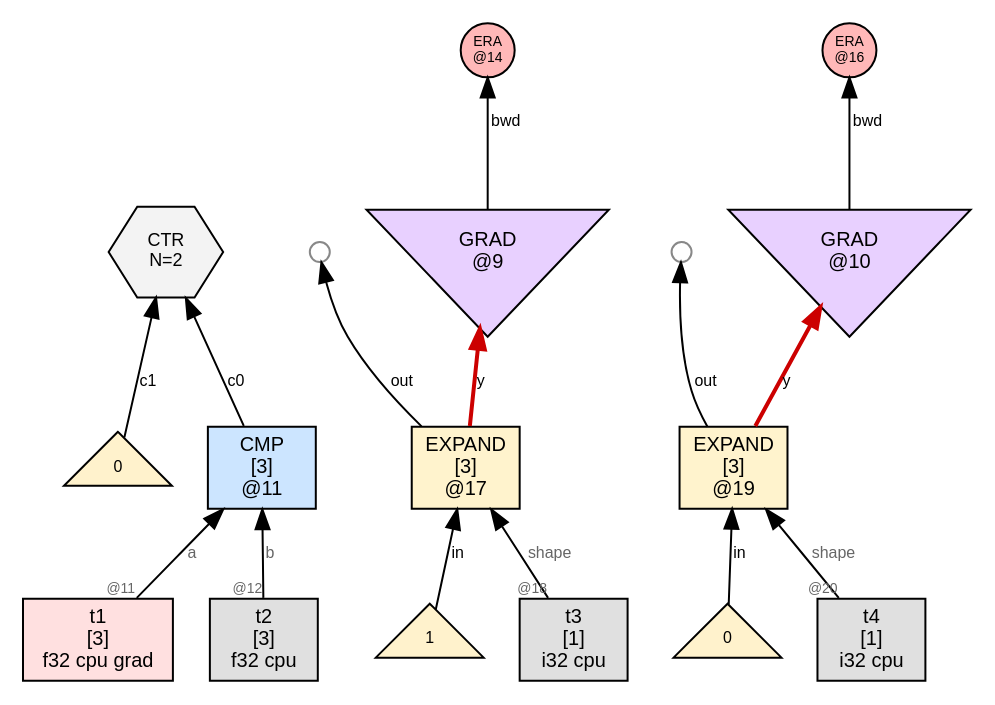
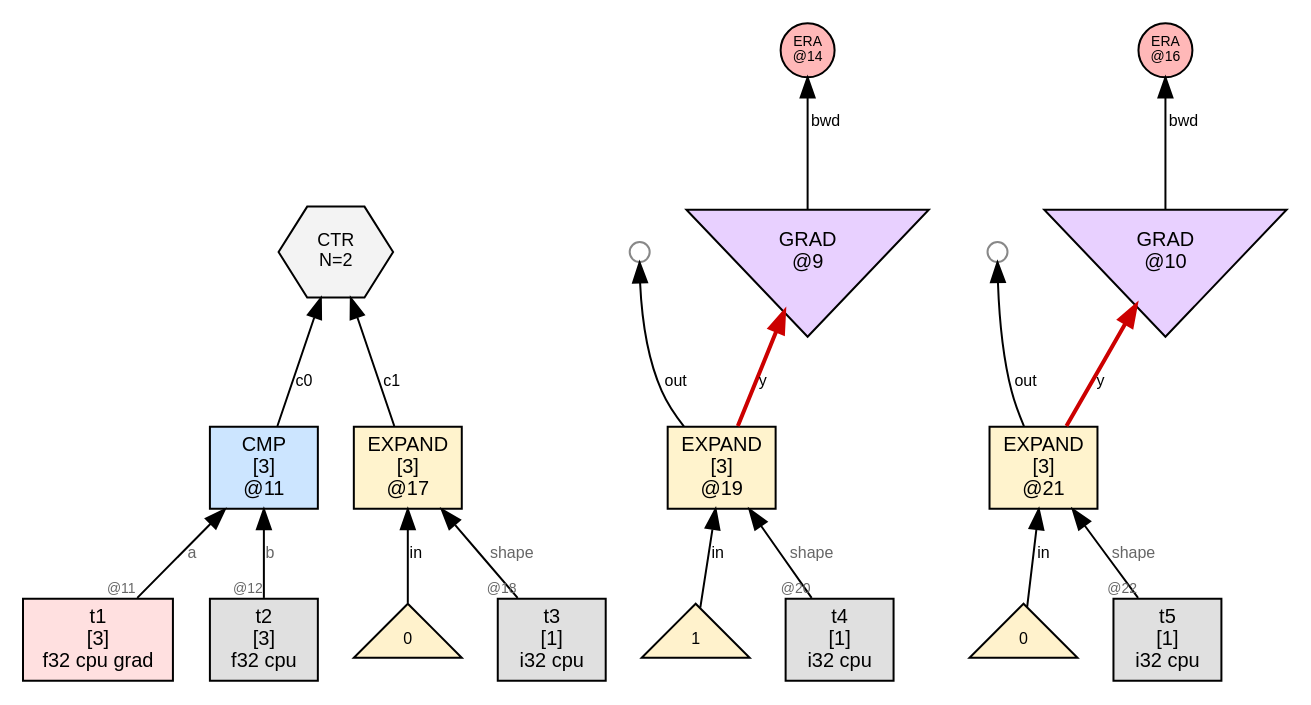
Before and after one commit to sw1sh/TinyHVM: the diagram in wl/examples/thvm_graphs/grad_rules/cmp/thvm_1_post_reduce.dot, drawn with Graphviz. The commit also changed 4 other files, not shown here.

Commit message:
grad: CMP backward emits EXPAND(0, target.shape) for shape-consistent zero

```diff
--- a/wl/examples/thvm_graphs/grad_rules/cmp/thvm_1_post_reduce.dot
+++ b/wl/examples/thvm_graphs/grad_rules/cmp/thvm_1_post_reduce.dot
@@ -1,37 +1,41 @@
 digraph G {
   rankdir=BT;
   node [fontname="Helvetica", fontsize=10, style=filled, shape=box, margin="0.1,0.05"];
   edge [fontsize=8, fontname="Helvetica"];
 
+  n17 [label="EXPAND\n[3]\n@17", shape=box, fillcolor="#fff3cd"];
+  num17_0 [label="0",shape=triangle,fillcolor="#fff2cc",fontsize=8];
+  num17_0 -> n17 [label="in"];
+  t3 [label="t3\n[1]\ni32 cpu",shape=box,fillcolor="#e0e0e0"];
+  t3 -> n17 [label="shape",taillabel="@18",labelfontsize=7,fontcolor="#666666"];
   n11 [label="CMP\n[3]\n@11", shape=box, fillcolor="#cce5ff"];
   t1 [label="t1\n[3]\nf32 cpu grad",shape=box,fillcolor="#ffe0e0"];
   t1 -> n11 [label="a",taillabel="@11",labelfontsize=7,fontcolor="#666666"];
   t2 [label="t2\n[3]\nf32 cpu",shape=box,fillcolor="#e0e0e0"];
   t2 -> n11 [label="b",taillabel="@12",labelfontsize=7,fontcolor="#666666"];
   ctr6 [label="CTR\nN=2", shape=hexagon, fillcolor="#f3f3f3", fontsize=9];
   n11 -> ctr6 [label="c0"];
-  num_ctr6_7 [label="0",shape=triangle,fillcolor="#fff2cc",fontsize=8];
-  num_ctr6_7 -> ctr6 [label="c1"];
-  n17 [label="EXPAND\n[3]\n@17", shape=box, fillcolor="#fff3cd"];
-  num17_0 [label="1",shape=triangle,fillcolor="#fff2cc",fontsize=8];
-  num17_0 -> n17 [label="in"];
-  t3 [label="t3\n[1]\ni32 cpu",shape=box,fillcolor="#e0e0e0"];
-  t3 -> n17 [label="shape",taillabel="@18",labelfontsize=7,fontcolor="#666666"];
-  free17_1000 [label="",shape=circle,width=0.14,height=0.14,fixedsize=true,fillcolor="#ffffff",color="#888888",fontsize=1];
-  n17 -> free17_1000 [label="out"];
+  n17 -> ctr6 [label="c1"];
   n19 [label="EXPAND\n[3]\n@19", shape=box, fillcolor="#fff3cd"];
-  num19_0 [label="0",shape=triangle,fillcolor="#fff2cc",fontsize=8];
+  num19_0 [label="1",shape=triangle,fillcolor="#fff2cc",fontsize=8];
   num19_0 -> n19 [label="in"];
   t4 [label="t4\n[1]\ni32 cpu",shape=box,fillcolor="#e0e0e0"];
   t4 -> n19 [label="shape",taillabel="@20",labelfontsize=7,fontcolor="#666666"];
   free19_1000 [label="",shape=circle,width=0.14,height=0.14,fixedsize=true,fillcolor="#ffffff",color="#888888",fontsize=1];
   n19 -> free19_1000 [label="out"];
+  n21 [label="EXPAND\n[3]\n@21", shape=box, fillcolor="#fff3cd"];
+  num21_0 [label="0",shape=triangle,fillcolor="#fff2cc",fontsize=8];
+  num21_0 -> n21 [label="in"];
+  t5 [label="t5\n[1]\ni32 cpu",shape=box,fillcolor="#e0e0e0"];
+  t5 -> n21 [label="shape",taillabel="@22",labelfontsize=7,fontcolor="#666666"];
+  free21_1000 [label="",shape=circle,width=0.14,height=0.14,fixedsize=true,fillcolor="#ffffff",color="#888888",fontsize=1];
+  n21 -> free21_1000 [label="out"];
   era14 [label="ERA\n@14",shape=circle,width=0.38,height=0.38,fixedsize=true,fillcolor="#ffb8b8",fontsize=7];
   grad9 [label="GRAD\n@9", shape=invtriangle, fillcolor="#e8d0ff"];
-  n17 -> grad9 [label="y",color="#cc0000",penwidth=2.0];
+  n19 -> grad9 [label="y",color="#cc0000",penwidth=2.0];
   grad9 -> era14 [label="bwd"];
   era16 [label="ERA\n@16",shape=circle,width=0.38,height=0.38,fixedsize=true,fillcolor="#ffb8b8",fontsize=7];
   grad10 [label="GRAD\n@10", shape=invtriangle, fillcolor="#e8d0ff"];
-  n19 -> grad10 [label="y",color="#cc0000",penwidth=2.0];
+  n21 -> grad10 [label="y",color="#cc0000",penwidth=2.0];
   grad10 -> era16 [label="bwd"];
 }
```
